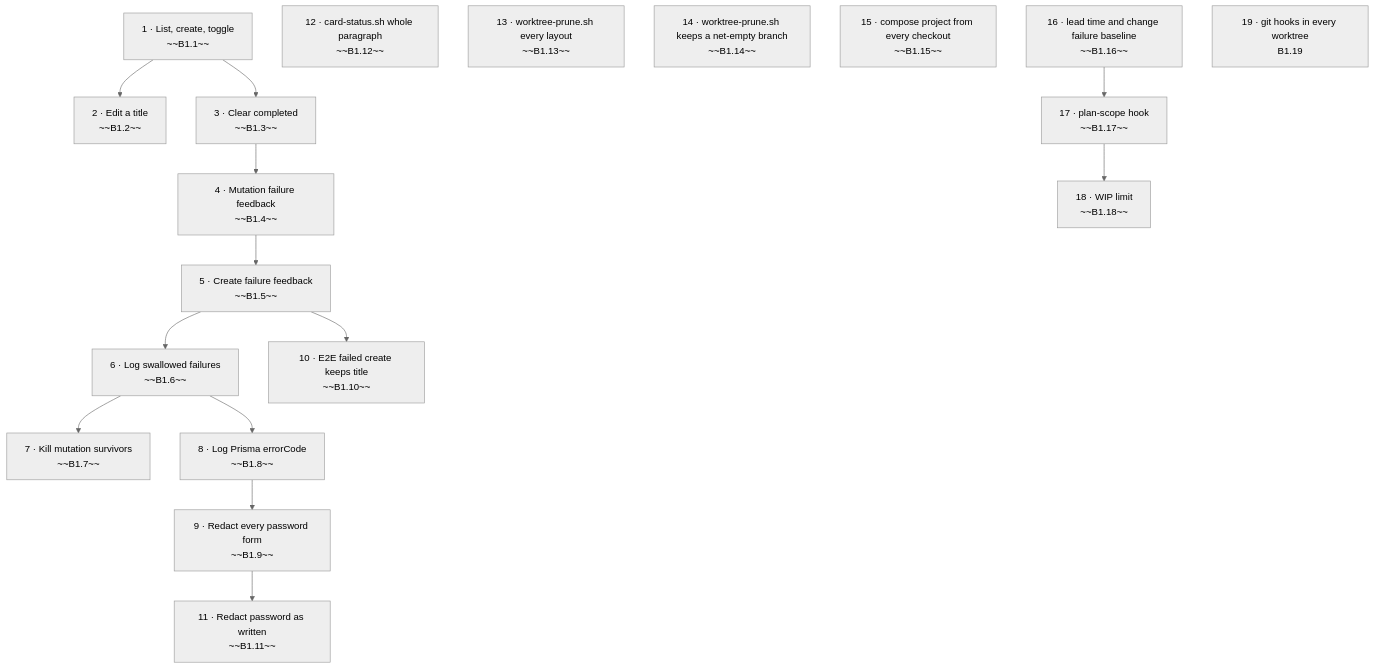
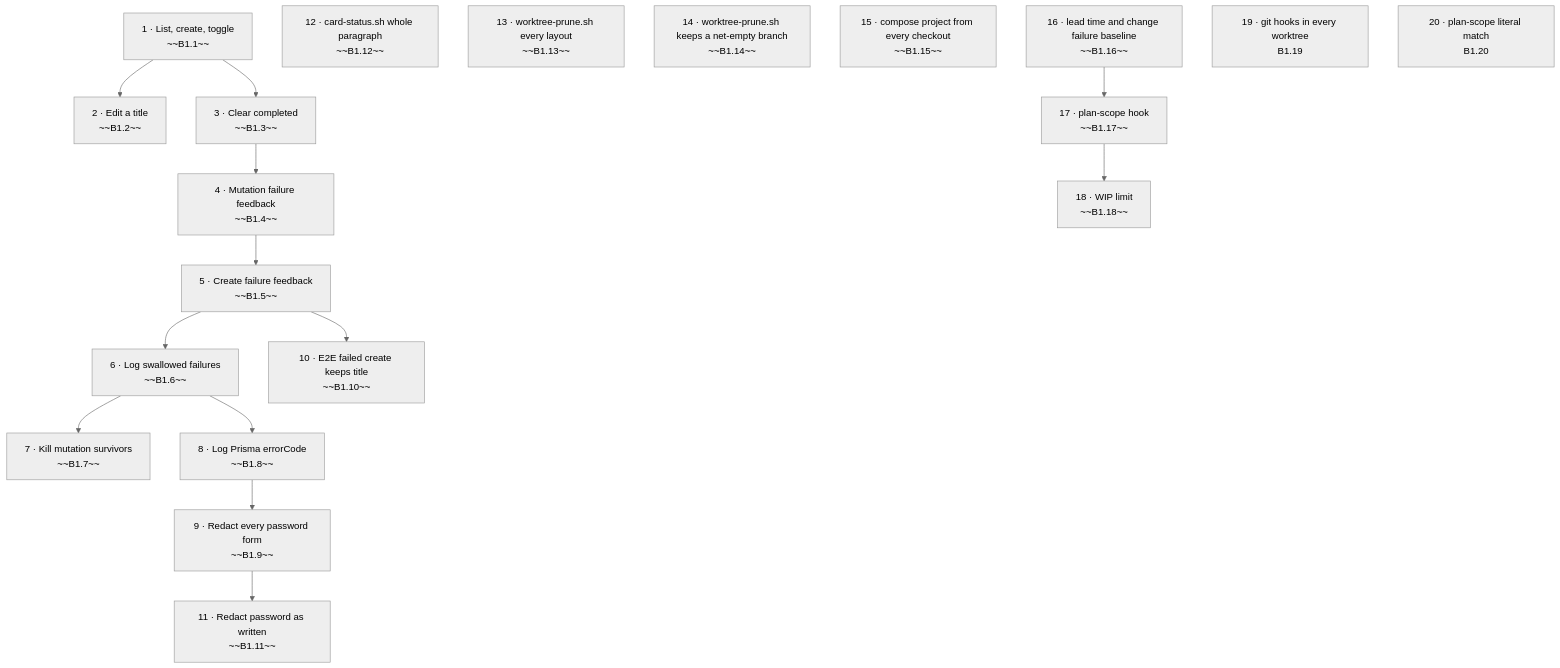
The diagram in backlog/README.md (st-minhho2/level-up-lab), drawn with Mermaid (neutral theme) before and after one commit. The commit also changed other lines of this file and 1 other file, not shown here.

Commit message:
docs(backlog): card B1.20 plan-scope literal match

````diff
--- a/backlog/README.md
+++ b/backlog/README.md
@@ -15,34 +15,35 @@
 ```mermaid
 flowchart TD
   S1["1 · List, create, toggle<br/>~~B1.1~~"]
   S2["2 · Edit a title<br/>~~B1.2~~"]
   S3["3 · Clear completed<br/>~~B1.3~~"]
   S1 --> S2
   S4["4 · Mutation failure feedback<br/>~~B1.4~~"]
   S1 --> S3
   S3 --> S4
   S5["5 · Create failure feedback<br/>~~B1.5~~"]
   S4 --> S5
   S6["6 · Log swallowed failures<br/>~~B1.6~~"]
   S5 --> S6
   S7["7 · Kill mutation survivors<br/>~~B1.7~~"]
   S6 --> S7
   S8["8 · Log Prisma errorCode<br/>~~B1.8~~"]
   S6 --> S8
   S9["9 · Redact every password form<br/>~~B1.9~~"]
   S8 --> S9
   S10["10 · E2E failed create keeps title<br/>~~B1.10~~"]
   S5 --> S10
   S11["11 · Redact password as written<br/>~~B1.11~~"]
   S9 --> S11
   S12["12 · card-status.sh whole paragraph<br/>~~B1.12~~"]
   S13["13 · worktree-prune.sh every layout<br/>~~B1.13~~"]
   S14["14 · worktree-prune.sh keeps a net-empty branch<br/>~~B1.14~~"]
   S15["15 · compose project from every checkout<br/>~~B1.15~~"]
   S16["16 · lead time and change failure baseline<br/>~~B1.16~~"]
   S17["17 · plan-scope hook<br/>~~B1.17~~"]
   S18["18 · WIP limit<br/>~~B1.18~~"]
   S19["19 · git hooks in every worktree<br/>B1.19"]
+  S20["20 · plan-scope literal match<br/>B1.20"]
   S17 --> S18
   S16 --> S17
 ```
````
